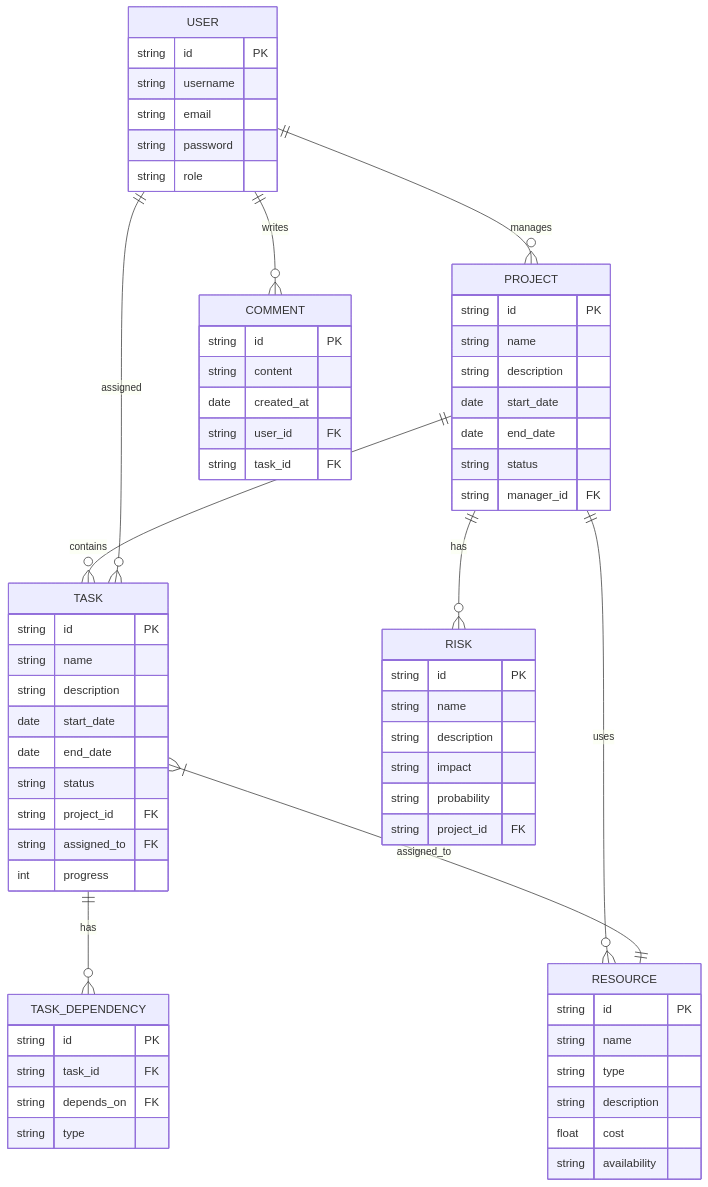
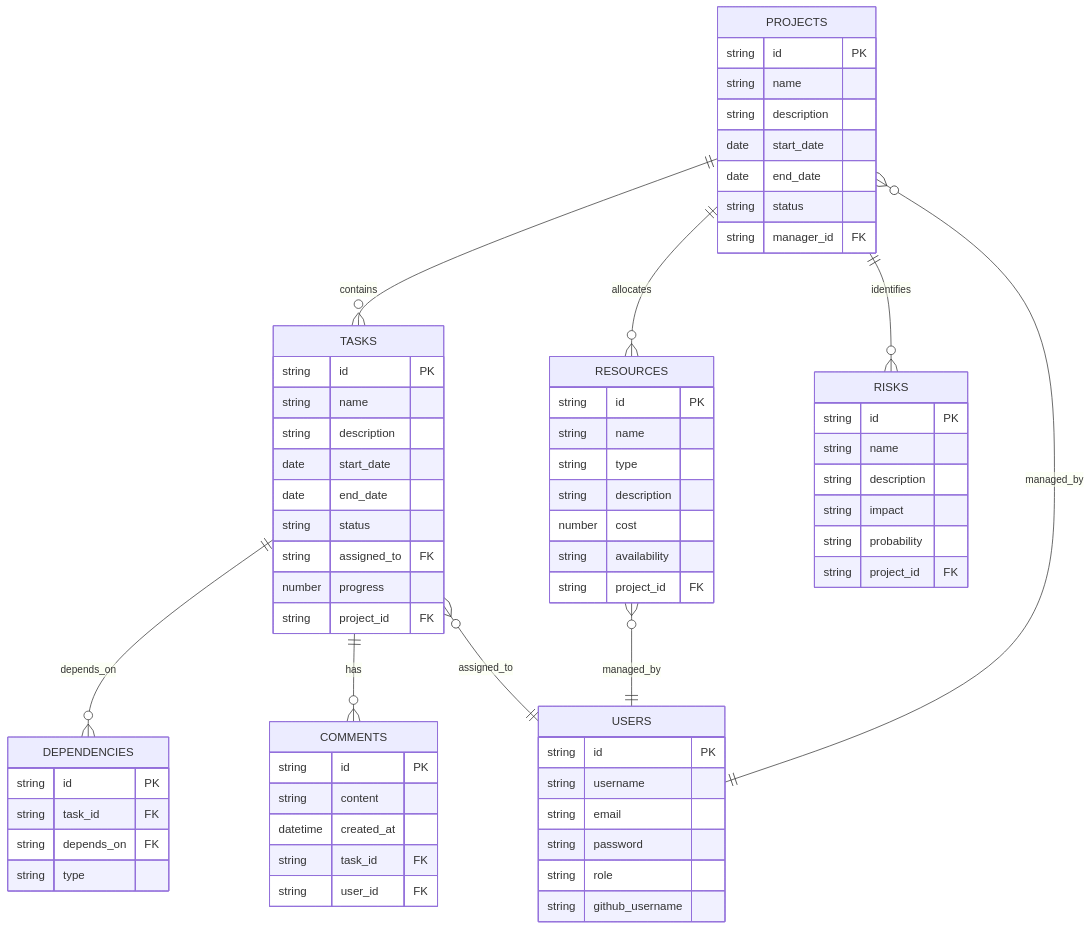
One commit to Shakour-Data/GravityManagement changed the fifth of 18 diagrams in Docs/Architecture_doc.md. Above: the diagram before and after it, drawn with Mermaid. The commit also changed other lines of this file and 2 other files, not shown here.

Commit message:
`Updated Architecture and Process documentation with new features and improvements`

````diff
--- a/Docs/Architecture_doc.md
+++ b/Docs/Architecture_doc.md
@@ -254,74 +318,76 @@
 ```mermaid
 erDiagram
-    PROJECT ||--o{ TASK : contains
-    PROJECT ||--o{ RESOURCE : uses
-    PROJECT ||--o{ RISK : has
-    TASK ||--o{ TASK_DEPENDENCY : has
-    TASK }|--|| RESOURCE : assigned_to
-    USER ||--o{ PROJECT : manages
-    USER ||--o{ TASK : assigned
-    USER ||--o{ COMMENT : writes
-    
-    PROJECT {
+    PROJECTS ||--o{ TASKS : contains
+    PROJECTS ||--o{ RESOURCES : allocates
+    PROJECTS ||--o{ RISKS : identifies
+    TASKS ||--o{ DEPENDENCIES : depends_on
+    TASKS ||--o{ COMMENTS : has
+    TASKS }o--|| USERS : assigned_to
+    RESOURCES }o--|| USERS : managed_by
+    PROJECTS }o--|| USERS : managed_by
+
+    PROJECTS {
         string id PK
         string name
         string description
         date start_date
         date end_date
         string status
         string manager_id FK
     }
-    
-    TASK {
+
+    TASKS {
         string id PK
         string name
         string description
         date start_date
         date end_date
         string status
+        string assigned_to FK
+        number progress
         string project_id FK
-        string assigned_to FK
-        int progress
     }
-    
-    RESOURCE {
+
+    RESOURCES {
         string id PK
         string name
         string type
         string description
-        float cost
+        number cost
         string availability
+        string project_id FK
     }
-    
-    RISK {
+
+    RISKS {
         string id PK
         string name
         string description
         string impact
         string probability
         string project_id FK
     }
-    
-    USER {
+
+    DEPENDENCIES {
+        string id PK
+        string task_id FK
+        string depends_on FK
+        string type
+    }
+
+    COMMENTS {
+        string id PK
+        string content
+        datetime created_at
+        string task_id FK
+        string user_id FK
+    }
+
+    USERS {
         string id PK
         string username
         string email
         string password
         string role
-    }
-    
-    TASK_DEPENDENCY {
-        string id PK
-        string task_id FK
-        string depends_on FK
-        string type
-    }
-    
-    COMMENT {
-        string id PK
-        string content
-        date created_at
-        string user_id FK
-        string task_id FK
+        string github_username
     }
 ```
````
